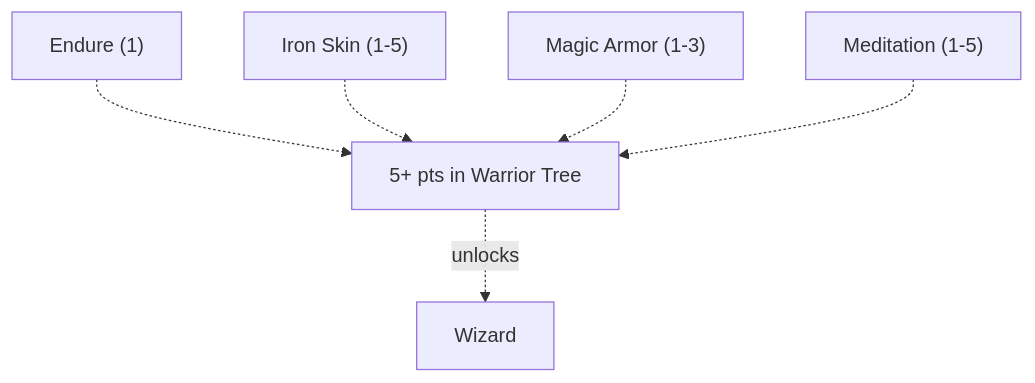
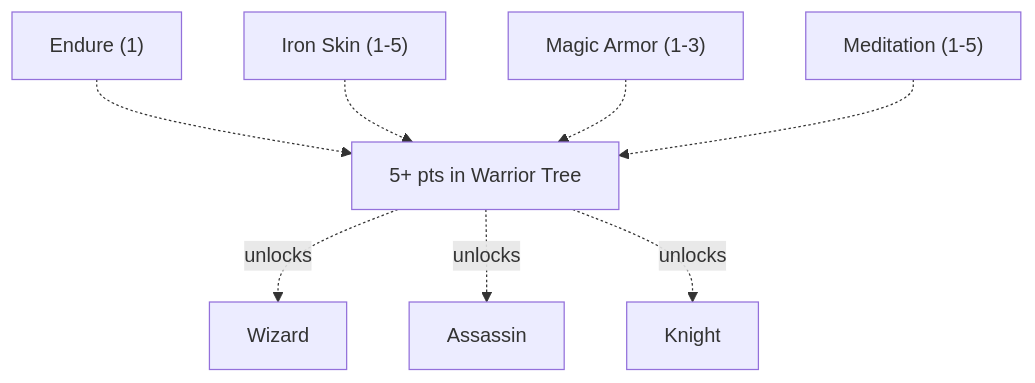
Diagram 12 of 15 in content/docs/mechanics/master.md (tfelix/bestia-docs), drawn with Mermaid before and after one commit. The commit also changed other lines of this file and 1 other file, not shown here.

First line of the commit message:
docs(master): unpark the Assassin and Knight trees

````diff
--- a/content/docs/mechanics/master.md
+++ b/content/docs/mechanics/master.md
@@ -1327,27 +1327,27 @@
 ```mermaid
 graph TD
     Endure["Endure (1)"]
     IronSkin["Iron Skin (1-5)"]
     MagicArmor["Magic Armor (1-3)"]
     Meditation["Meditation (1-5)"]
     Gate["5+ pts in Warrior Tree"]
     Wizard["Wizard"]
     %% Brawler(("Brawler")) %% parked
     %% Hunter(("Hunter")) %% parked
-    %% Assassin["Assassin"] %% parked
-    %% Knight["Knight"] %% parked
+    Assassin["Assassin"]
+    Knight["Knight"]
     %% Bard(("Bard")) %% parked
     %% Dancer(("Dancer")) %% parked
 
     Endure -.-> Gate
     IronSkin -.-> Gate
     MagicArmor -.-> Gate
     Meditation -.-> Gate
     Gate -.->|unlocks| Wizard
     %% Gate -.->|unlocks| Brawler
     %% Gate -.->|unlocks| Hunter
-    %% Gate -.->|unlocks| Assassin
-    %% Gate -.->|unlocks| Knight
+    Gate -.->|unlocks| Assassin
+    Gate -.->|unlocks| Knight
     %% Gate -.->|unlocks| Bard
     %% Gate -.->|unlocks| Dancer
 ```
````
